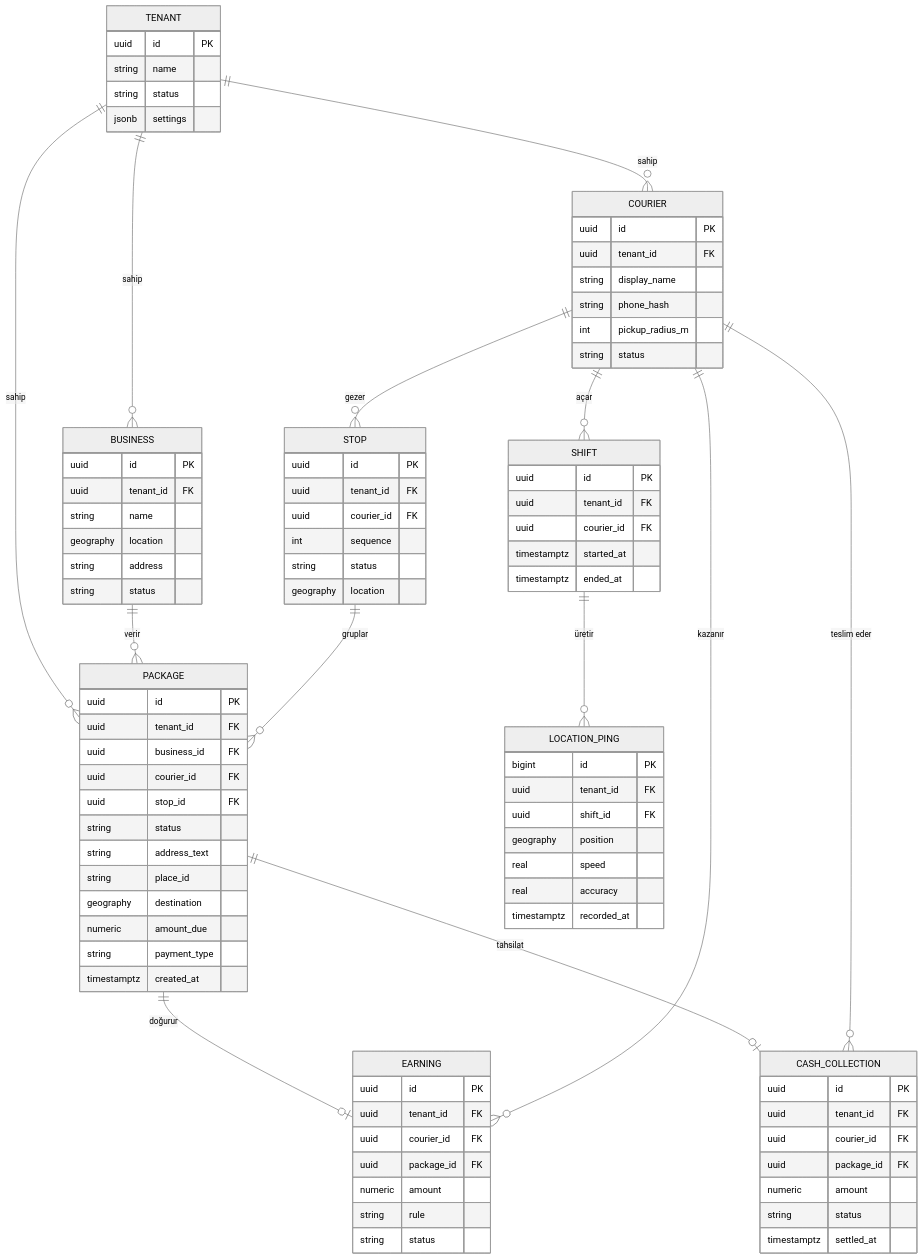
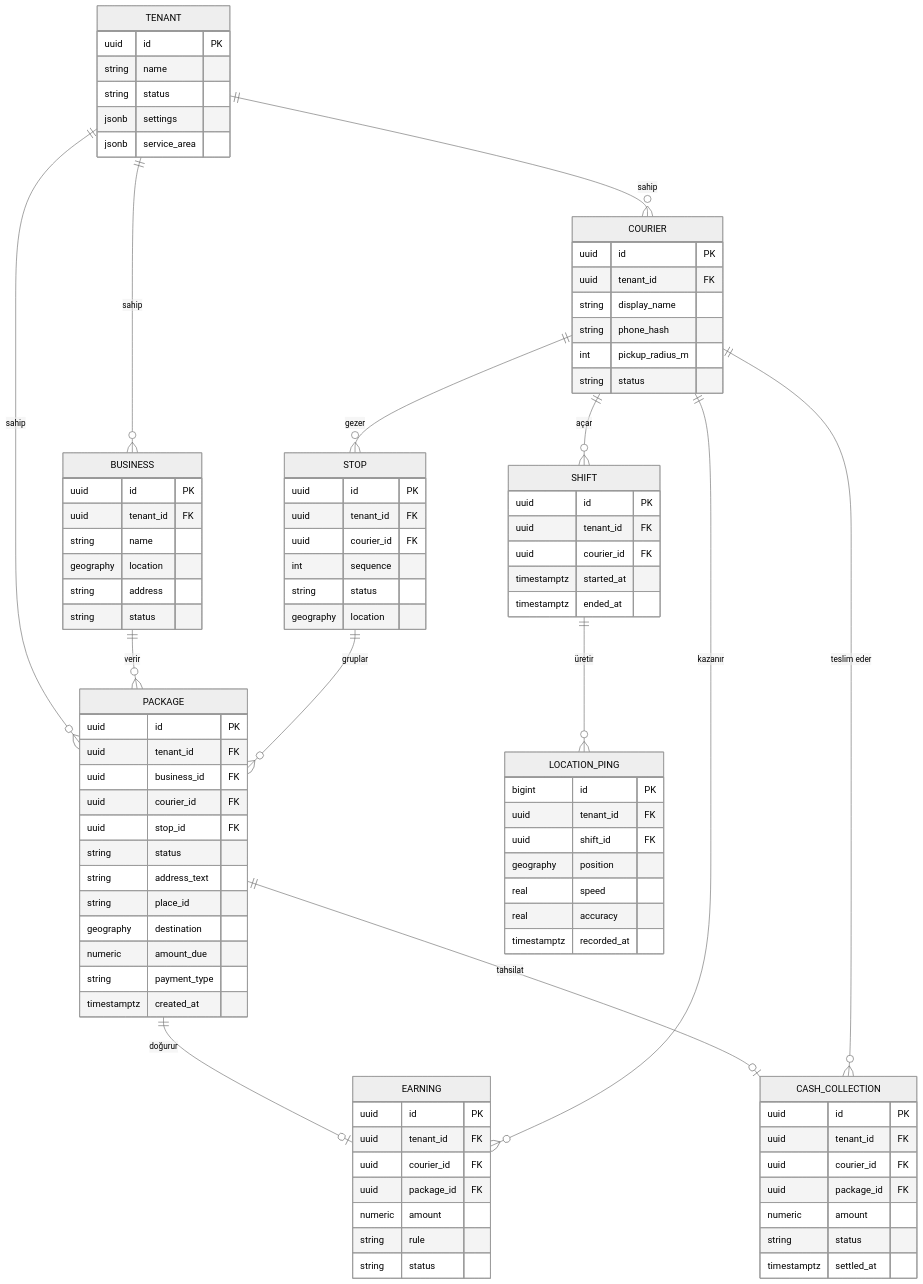
The second of 4 diagrams in docs/MIMARI.md (Kadir0642/kurye-yonetim-sistemi-showcase), drawn with Mermaid (neutral theme) before and after one commit. The commit also changed other lines of this file and 5 other files, not shown here.

```diff
--- a/docs/MIMARI.md
+++ b/docs/MIMARI.md
@@ -80,6 +80,7 @@
         string name
         string status
         jsonb settings
+        jsonb service_area
     }
     BUSINESS {
         uuid id PK
```
